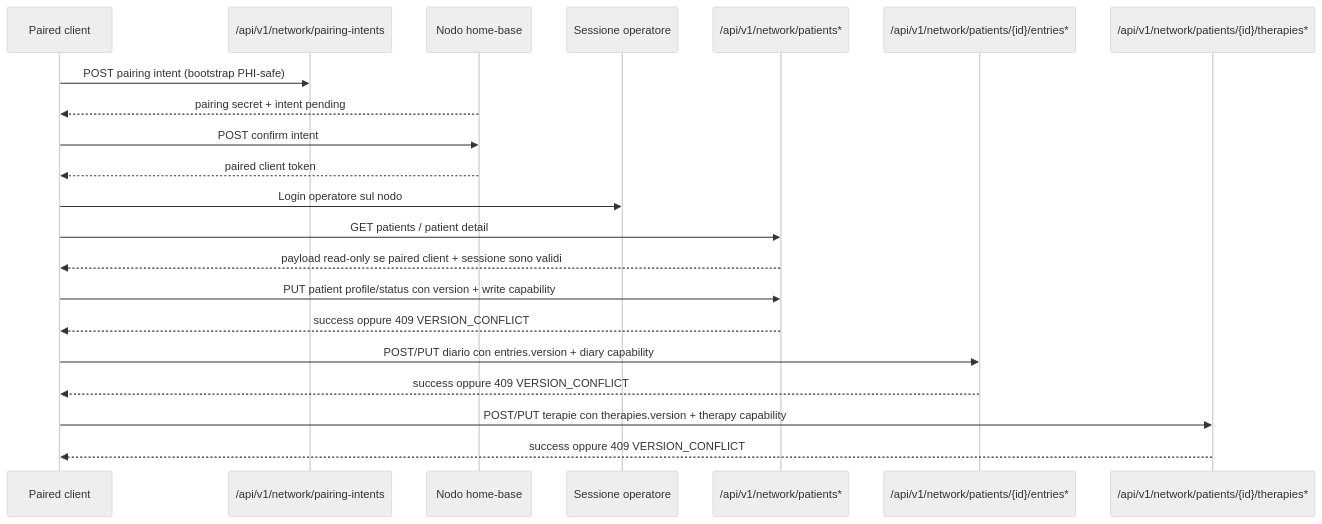
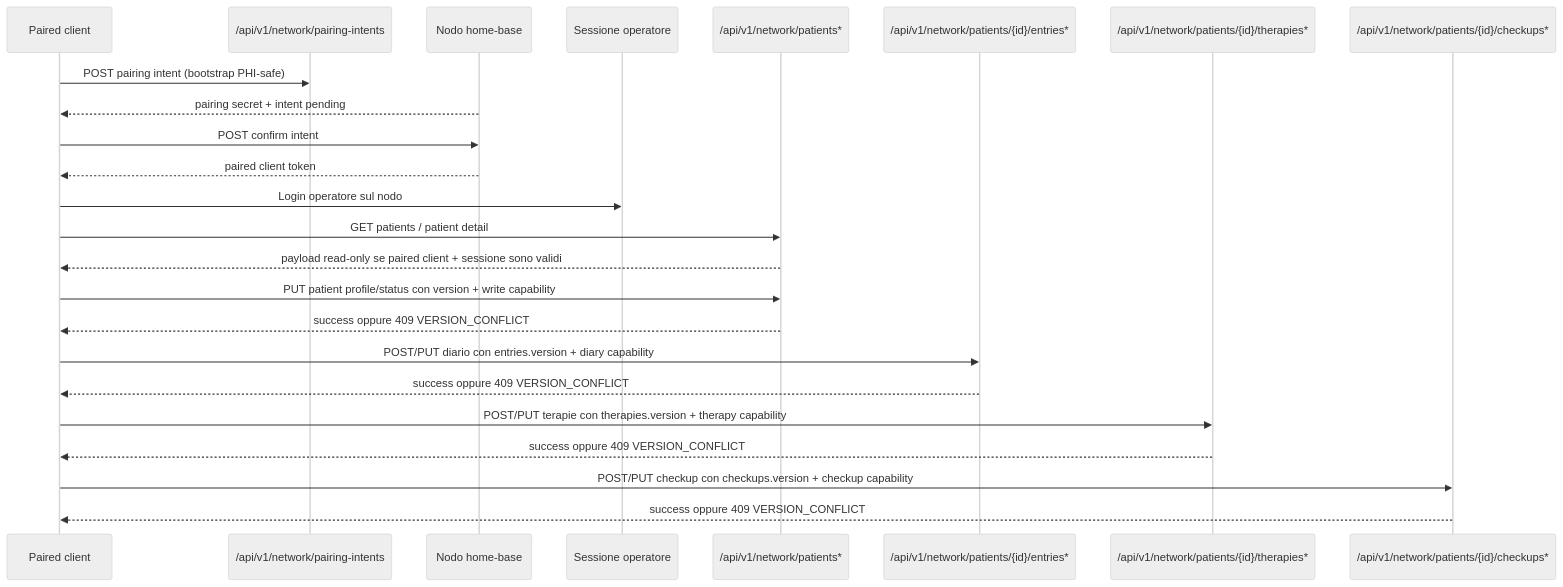
One commit to Wulfgardr/mediflow changed the tenth of 10 diagrams in docs/topologia-dati-flussi.md. Above: the diagram before and after it, drawn with Mermaid (neutral theme). The commit also changed other lines of this file and 41 other files, not shown here.

Commit message:
feat(network): add paired checkup write boundary (#111)

````diff
--- a/docs/topologia-dati-flussi.md
+++ b/docs/topologia-dati-flussi.md
@@ -339,23 +339,26 @@
 ```mermaid
 sequenceDiagram
     participant Client as Paired client
     participant Pair as /api/v1/network/pairing-intents
     participant Node as Nodo home-base
     participant Session as Sessione operatore
     participant Data as /api/v1/network/patients*
     participant Diary as /api/v1/network/patients/{id}/entries*
     participant Therapy as /api/v1/network/patients/{id}/therapies*
+    participant Checkup as /api/v1/network/patients/{id}/checkups*
     Client->>Pair: POST pairing intent (bootstrap PHI-safe)
     Node-->>Client: pairing secret + intent pending
     Client->>Node: POST confirm intent
     Node-->>Client: paired client token
     Client->>Session: Login operatore sul nodo
     Client->>Data: GET patients / patient detail
     Data-->>Client: payload read-only se paired client + sessione sono validi
     Client->>Data: PUT patient profile/status con version + write capability
     Data-->>Client: success oppure 409 VERSION_CONFLICT
     Client->>Diary: POST/PUT diario con entries.version + diary capability
     Diary-->>Client: success oppure 409 VERSION_CONFLICT
     Client->>Therapy: POST/PUT terapie con therapies.version + therapy capability
     Therapy-->>Client: success oppure 409 VERSION_CONFLICT
+    Client->>Checkup: POST/PUT checkup con checkups.version + checkup capability
+    Checkup-->>Client: success oppure 409 VERSION_CONFLICT
 ```
````
